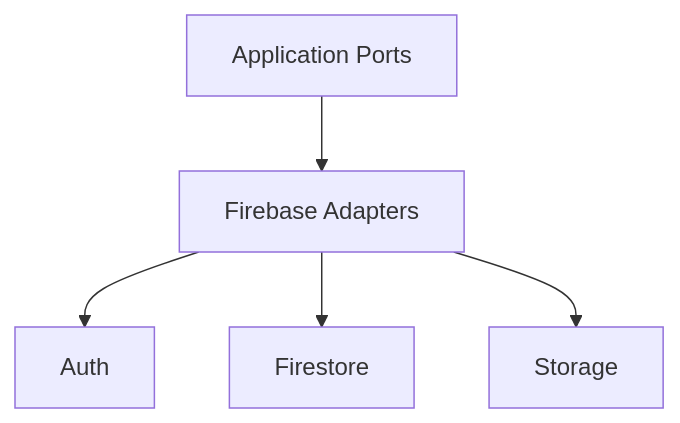
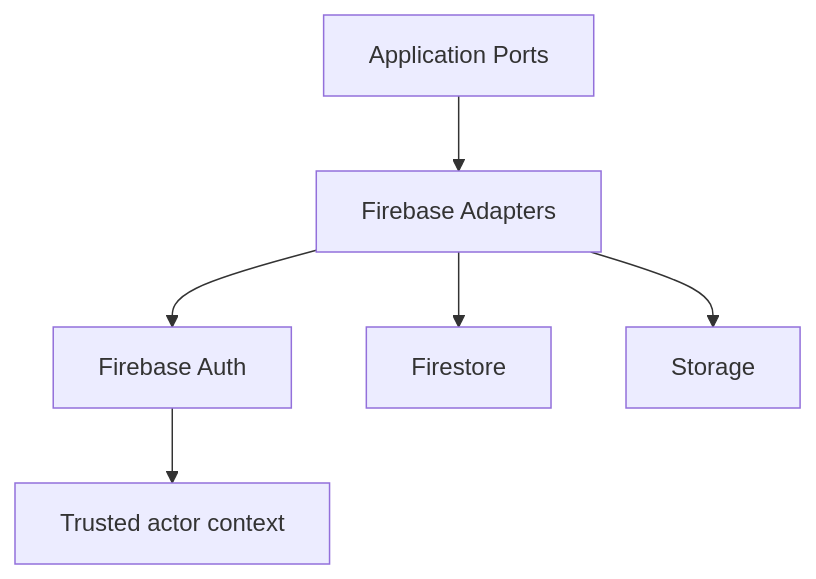
The diagram in docs/04-infrastructure/firebase-overview.md (369sup/worksync-hr), drawn with Mermaid before and after one commit. The commit also changed other lines of this file and 36 other files, not shown here.

````diff
--- a/docs/04-infrastructure/firebase-overview.md
+++ b/docs/04-infrastructure/firebase-overview.md
@@ -7,7 +7,8 @@
 ```mermaid
 flowchart TD
   APP[Application Ports] --> ADP[Firebase Adapters]
-  ADP --> AUTH[Auth]
+  ADP --> AUTH[Firebase Auth]
   ADP --> FS[Firestore]
   ADP --> ST[Storage]
+  AUTH --> ACTOR[Trusted actor context]
 ```
````
